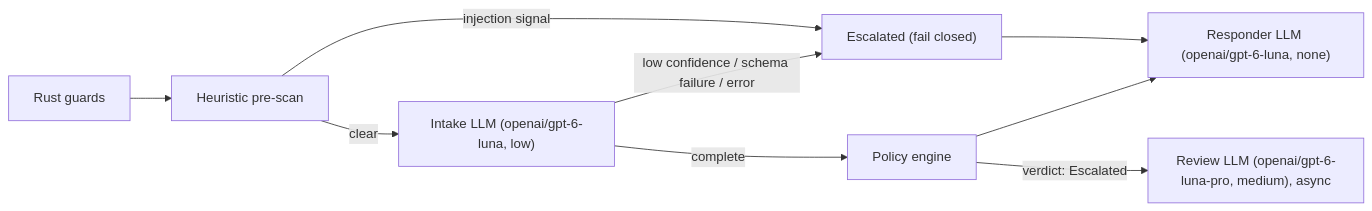
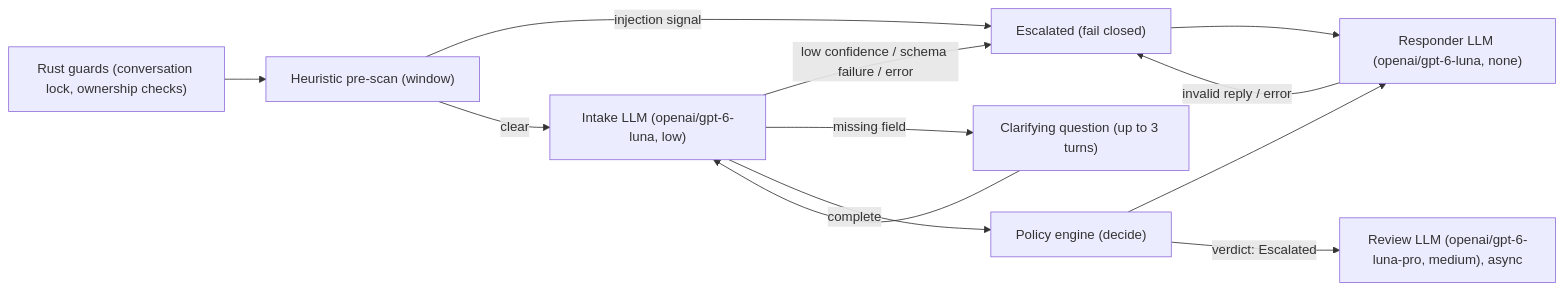
Before and after one commit to allwelldotdev/wn-refund-ai: the first of 2 diagrams in README.md, drawn with Mermaid. The commit also changed other lines of this file, not shown here.

````diff
--- a/README.md
+++ b/README.md
@@ -61,11 +81,14 @@
 ```mermaid
 flowchart LR
-    guards["Rust guards"] --> prescan["Heuristic pre-scan"]
+    guards["Rust guards (conversation lock, ownership checks)"] --> prescan["Heuristic pre-scan (window)"]
     prescan -- "injection signal" --> escalated["Escalated (fail closed)"]
     prescan -- "clear" --> intake["Intake LLM (openai/gpt-6-luna, low)"]
     intake -- "low confidence / schema failure / error" --> escalated
-    intake -- "complete" --> policy["Policy engine"]
+    intake -- "missing field" --> clarify["Clarifying question (up to 3 turns)"]
+    clarify --> intake
+    intake -- "complete" --> policy["Policy engine (decide)"]
     policy --> responder["Responder LLM (openai/gpt-6-luna, none)"]
+    responder -- "invalid reply / error" --> escalated
     escalated --> responder
     policy -- "verdict: Escalated" --> review["Review LLM (openai/gpt-6-luna-pro, medium), async"]
 ```
````
